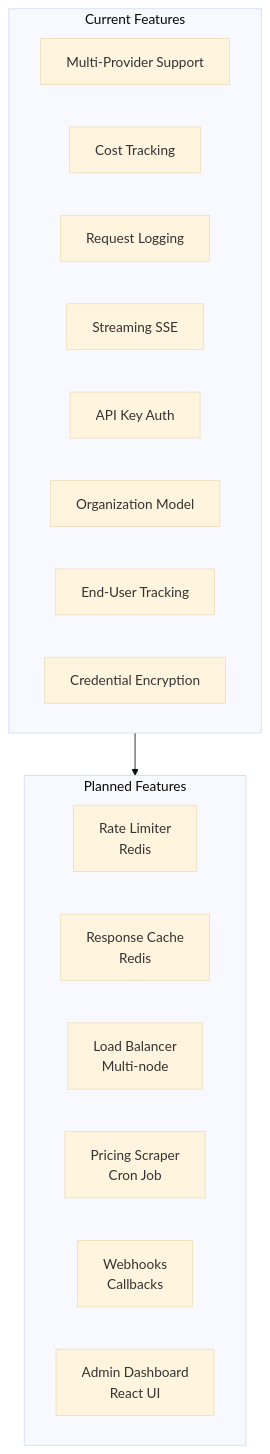
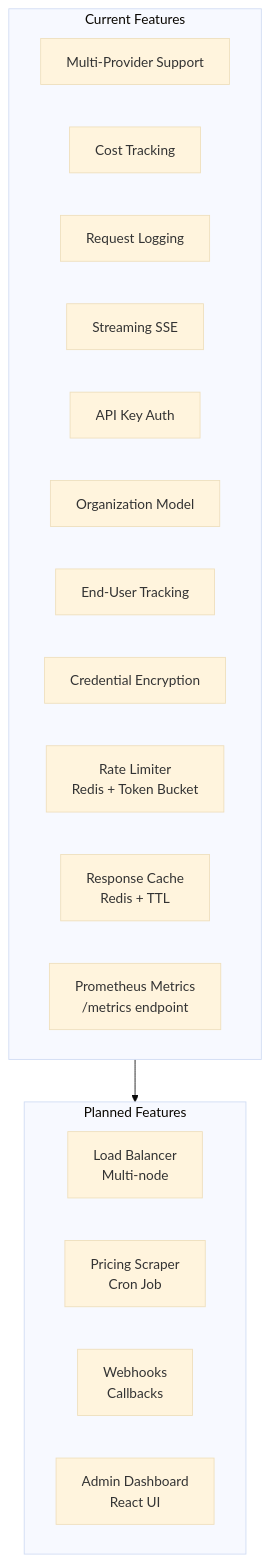
Before and after one commit to he2307631397/aura-llm-gateway: diagram 12 of 13 in docs/architecture.md, drawn with Mermaid (base theme). The commit also changed other lines of this file and 29 other files, not shown here.

````diff
--- a/docs/architecture.md
+++ b/docs/architecture.md
@@ -480,24 +494,25 @@
 ```mermaid
 flowchart TB
     subgraph Current["Current Features"]
         A[Multi-Provider Support]
         B[Cost Tracking]
         C[Request Logging]
         D[Streaming SSE]
         E[API Key Auth]
         F[Organization Model]
         G[End-User Tracking]
         H[Credential Encryption]
+        I[Rate Limiter<br/>Redis + Token Bucket]
+        J[Response Cache<br/>Redis + TTL]
+        K[Prometheus Metrics<br/>/metrics endpoint]
     end
 
     subgraph Planned["Planned Features"]
-        I[Rate Limiter<br/>Redis]
-        J[Response Cache<br/>Redis]
-        K[Load Balancer<br/>Multi-node]
-        L[Pricing Scraper<br/>Cron Job]
-        M[Webhooks<br/>Callbacks]
-        N[Admin Dashboard<br/>React UI]
+        L[Load Balancer<br/>Multi-node]
+        M[Pricing Scraper<br/>Cron Job]
+        N[Webhooks<br/>Callbacks]
+        O[Admin Dashboard<br/>React UI]
     end
 
     Current --> Planned
 ```
````
